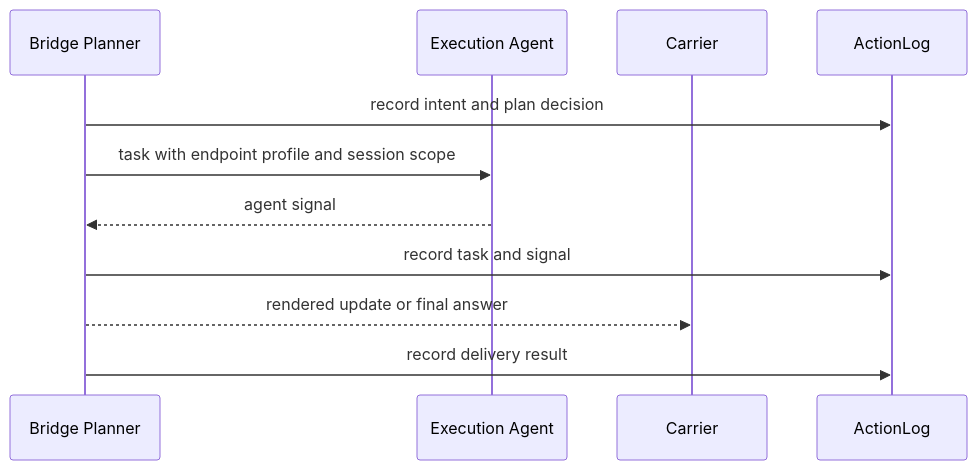
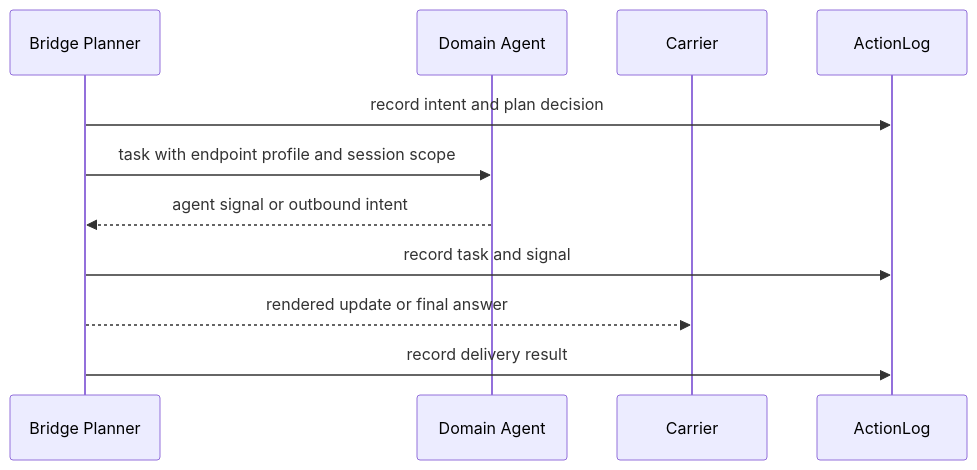
Before and after one commit to cloudsbeyond/agent-interaction-bridge: the fifth of 5 diagrams in architecture/system-design.md, drawn with Mermaid. The commit also changed other lines of this file and 89 other files, not shown here.

First line of the commit message:
feat: formalize bounded domain-agent interaction (#4)

````diff
--- a/architecture/system-design.md
+++ b/architecture/system-design.md
@@ -183,14 +218,14 @@
 ```mermaid
 sequenceDiagram
   participant B as Bridge Planner
-  participant E as Execution Agent
+  participant D as Domain Agent
   participant C as Carrier
   participant L as ActionLog
 
   B->>L: record intent and plan decision
-  B->>E: task with endpoint profile and session scope
-  E-->>B: agent signal
+  B->>D: task with endpoint profile and session scope
+  D-->>B: agent signal or outbound intent
   B->>L: record task and signal
   B-->>C: rendered update or final answer
   B->>L: record delivery result
 ```
````
